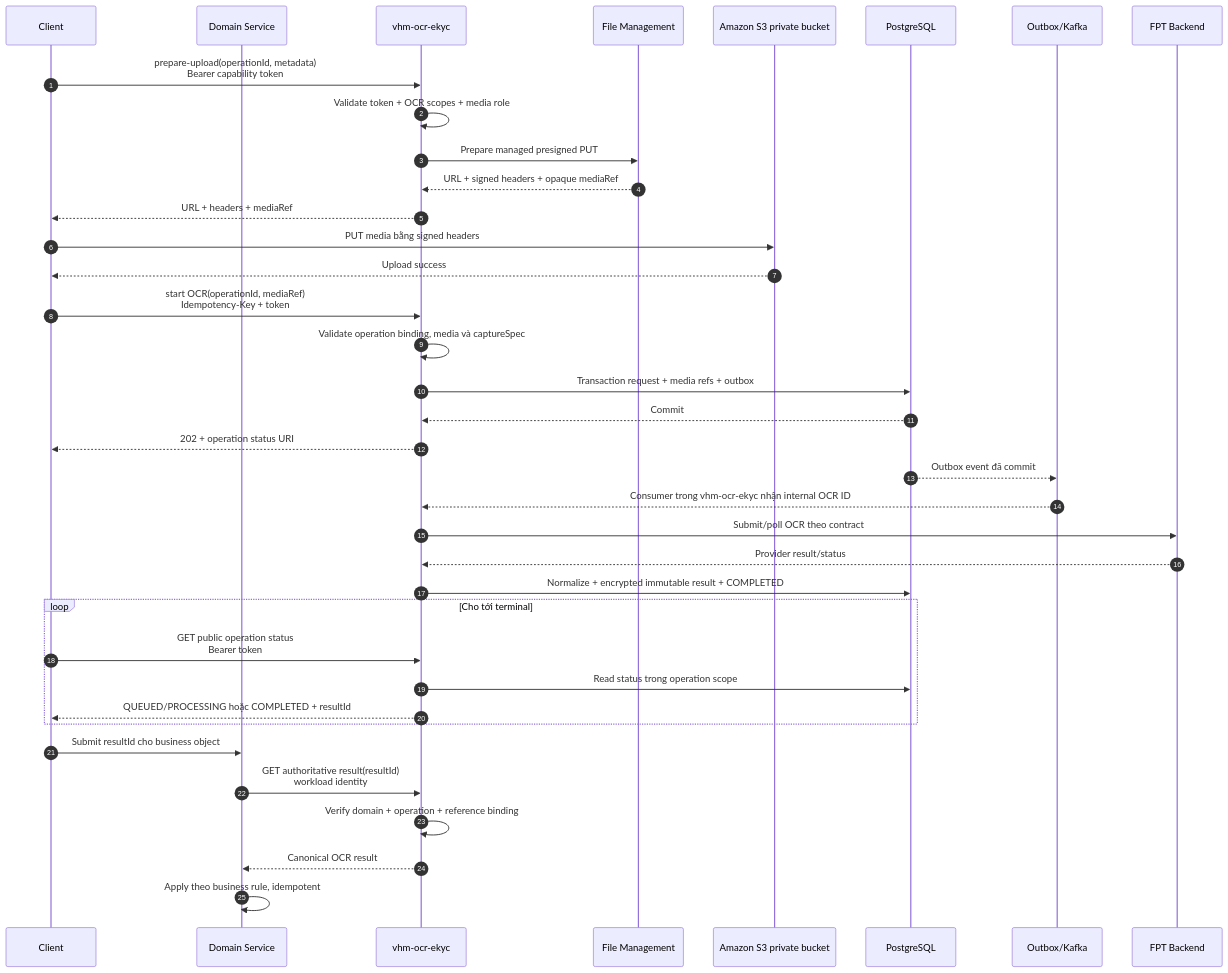
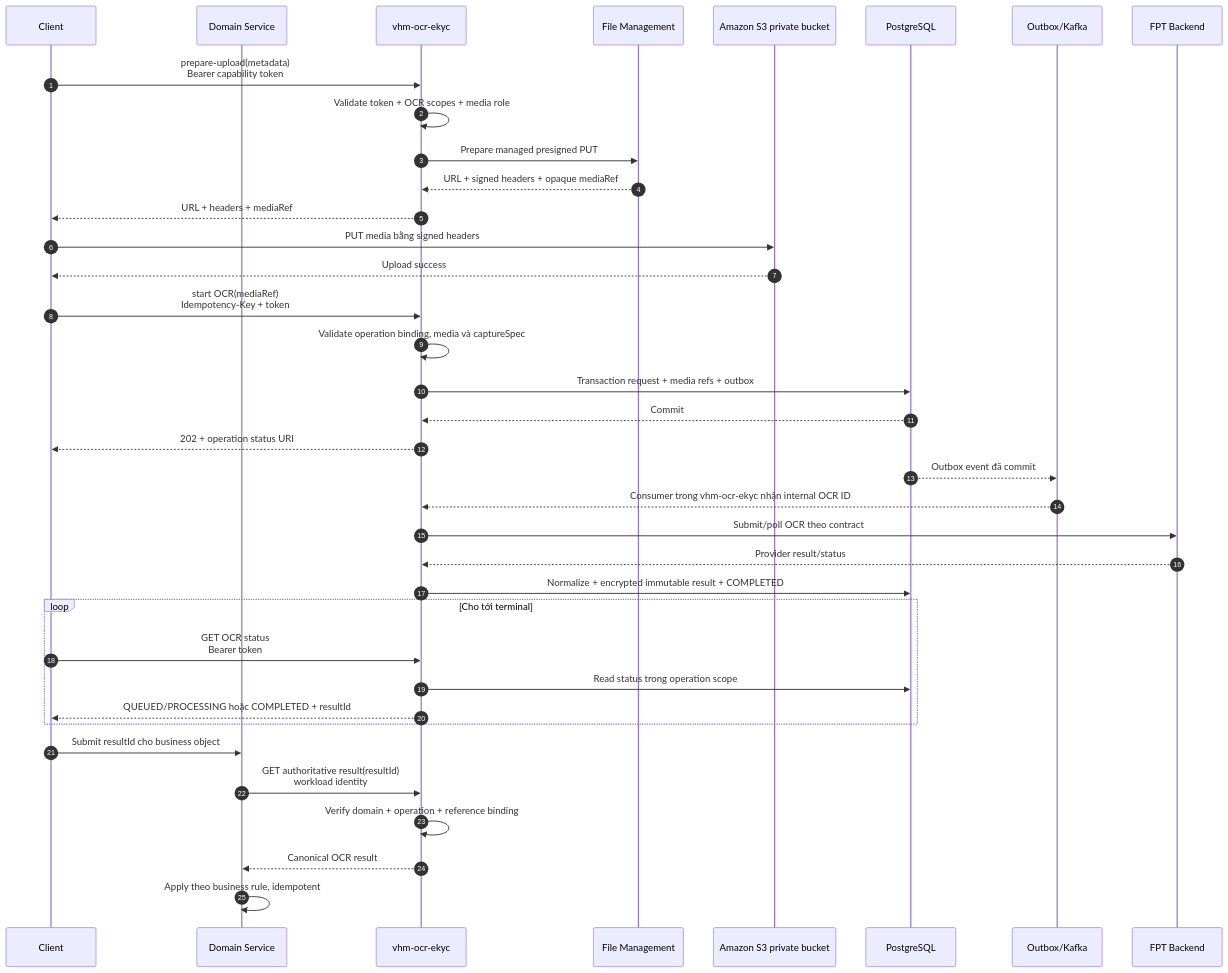
Before and after one commit to huynv-xyz/vhm: the third of 6 diagrams in tdd-ocr-ekyc-delegated-client-flow.md, drawn with Mermaid. The commit also changed other lines of this file, not shown here.

````diff
--- a/tdd-ocr-ekyc-delegated-client-flow.md
+++ b/tdd-ocr-ekyc-delegated-client-flow.md
@@ -211,44 +208,44 @@
 ```mermaid
 sequenceDiagram
     autonumber
     participant C as Client
     participant D as Domain Service
     participant O as vhm-ocr-ekyc
     participant FM as File Management
     participant S as Amazon S3 private bucket
     participant DB as PostgreSQL
     participant K as Outbox/Kafka
     participant F as FPT Backend
 
-    C->>O: prepare-upload(operationId, metadata)<br/>Bearer capability token
+    C->>O: prepare-upload(metadata)<br/>Bearer capability token
     O->>O: Validate token + OCR scopes + media role
     O->>FM: Prepare managed presigned PUT
     FM-->>O: URL + signed headers + opaque mediaRef
     O-->>C: URL + headers + mediaRef
     C->>S: PUT media bằng signed headers
     S-->>C: Upload success
 
-    C->>O: start OCR(operationId, mediaRef)<br/>Idempotency-Key + token
+    C->>O: start OCR(mediaRef)<br/>Idempotency-Key + token
     O->>O: Validate operation binding, media và captureSpec
     O->>DB: Transaction request + media refs + outbox
     DB-->>O: Commit
     O-->>C: 202 + operation status URI
 
     DB-->>K: Outbox event đã commit
     K-->>O: Consumer trong vhm-ocr-ekyc nhận internal OCR ID
     O->>F: Submit/poll OCR theo contract
     F-->>O: Provider result/status
     O->>DB: Normalize + encrypted immutable result + COMPLETED
 
     loop Cho tới terminal
-        C->>O: GET public operation status<br/>Bearer token
+        C->>O: GET OCR status<br/>Bearer token
         O->>DB: Read status trong operation scope
         O-->>C: QUEUED/PROCESSING hoặc COMPLETED + resultId
     end
 
     C->>D: Submit resultId cho business object
     D->>O: GET authoritative result(resultId)<br/>workload identity
     O->>O: Verify domain + operation + reference binding
     O-->>D: Canonical OCR result
     D->>D: Apply theo business rule, idempotent
 ```
````
